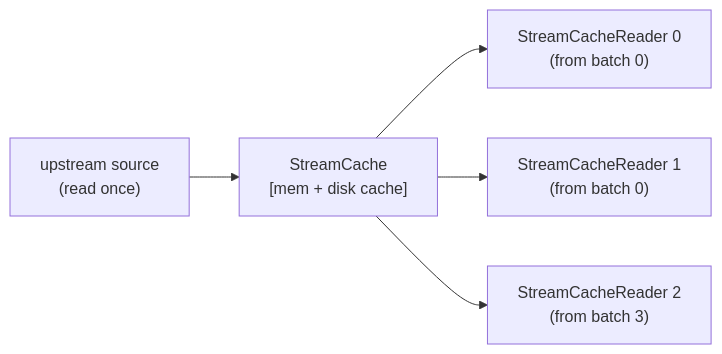
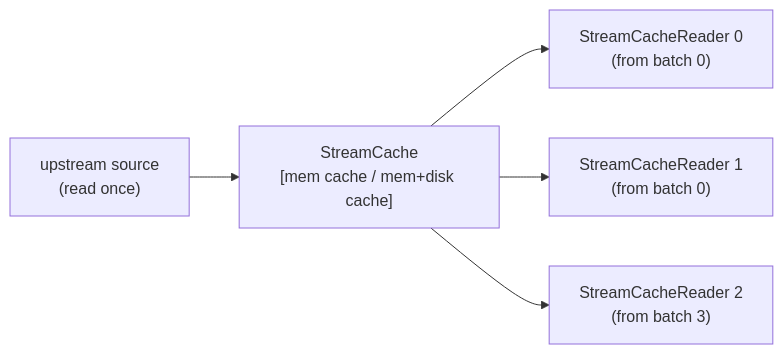
Before and after one commit to mesejo/batchcorder: the diagram in README.md, drawn with Mermaid. The commit also changed other lines of this file and 7 other files, not shown here.

````diff
--- a/README.md
+++ b/README.md
@@ -20,7 +27,7 @@
 ```mermaid
 flowchart LR
-    U["upstream source<br/>(read once)"] --> D["StreamCache<br/>[mem + disk cache]"]
+    U["upstream source<br/>(read once)"] --> D["StreamCache<br/>[mem cache / mem+disk cache]"]
     D --> R0["StreamCacheReader 0<br/>(from batch 0)"]
     D --> R1["StreamCacheReader 1<br/>(from batch 0)"]
     D --> R2["StreamCacheReader 2<br/>(from batch 3)"]
 ```
````
